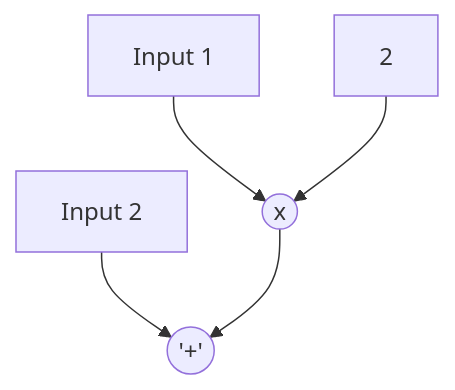
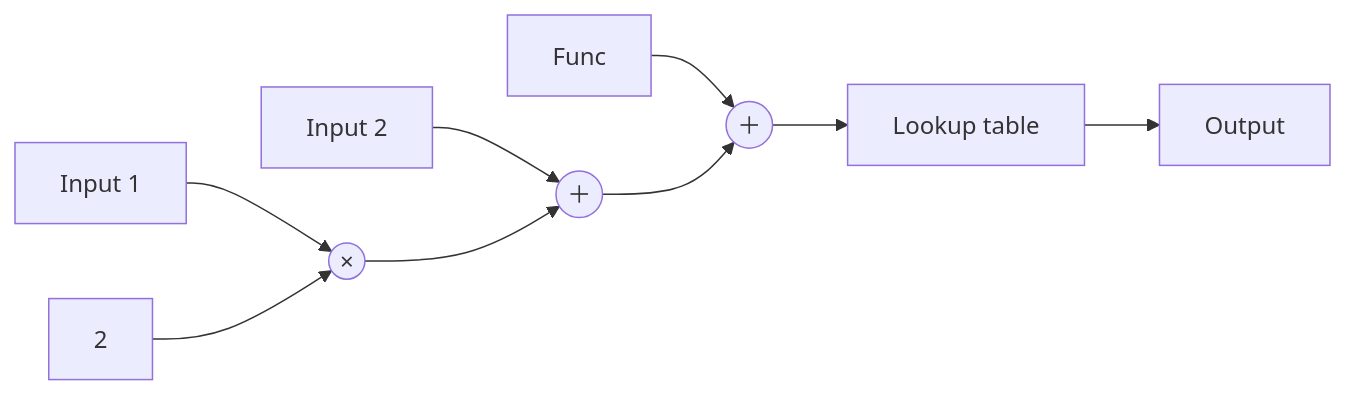
The first of 2 diagrams in doc/core-simulation.md (varkenvarken/Digital-Simulator), drawn with Mermaid before and after one commit. The commit also changed other lines of this file, not shown here.

````diff
--- a/doc/core-simulation.md
+++ b/doc/core-simulation.md
@@ -34,7 +34,11 @@
 ```mermaid
-flowchart TD
-    A[Input 1] --> C((x))
+flowchart LR
+    A[Input 1] --> C((×))
     B[2] --> C
-    D[Input 2] --> E(('+'))
+    D[Input 2] --> E((＋))
     C --> E
+    F[Func] --> G((＋))
+    G
+    E --> G
+    G --> H[Lookup table] --> K[Output]
 ```
````
